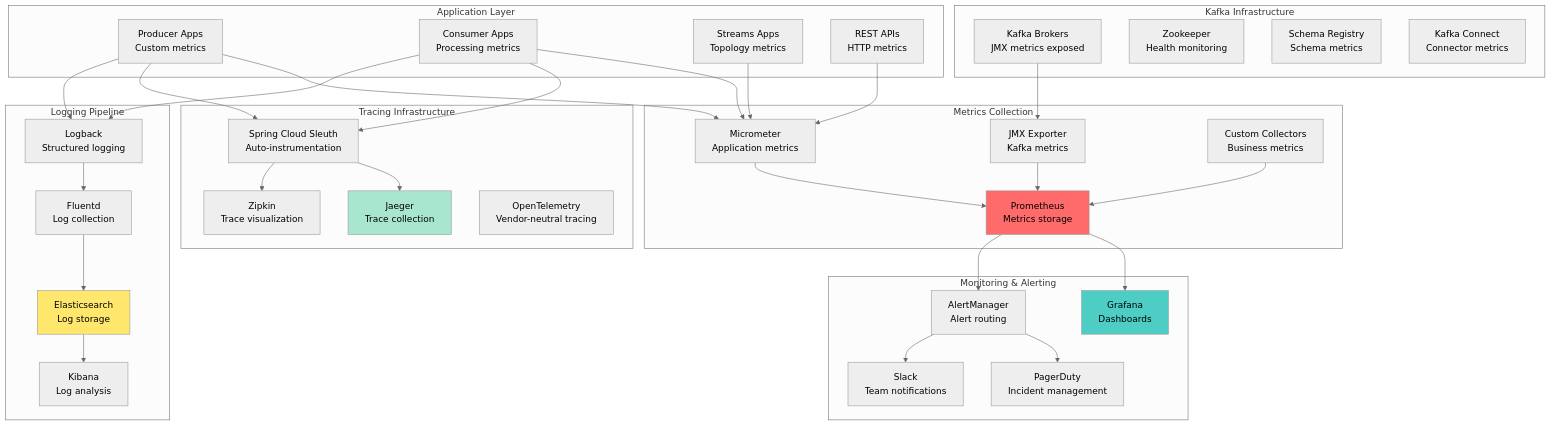
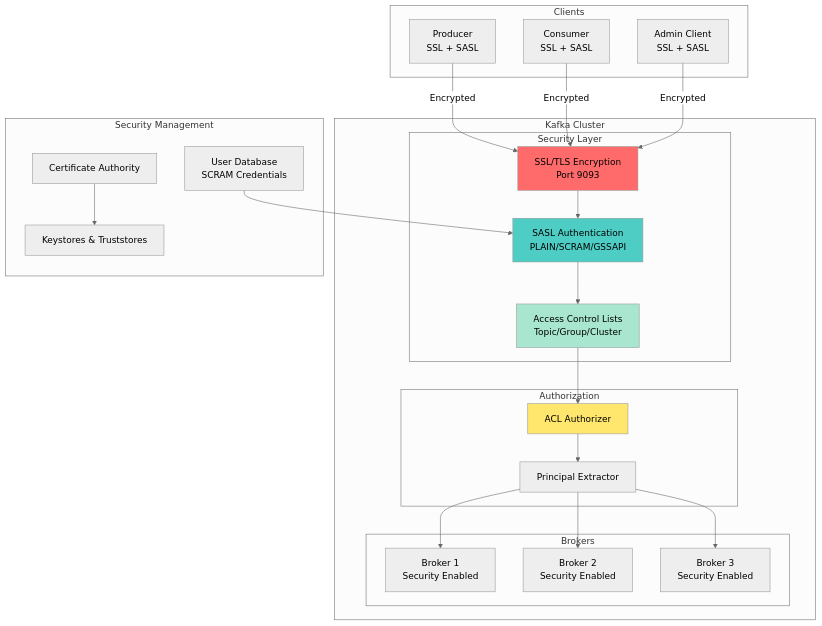
One commit to vorrawut/KafkaStarter changed the first of 6 diagrams in class/workshop/lesson_19/README.md. Above: the diagram before and after it, drawn with Mermaid (neutral theme). The commit also changed other lines of this file and 204 other files, not shown here.

````diff
--- a/class/workshop/lesson_19/README.md
+++ b/class/workshop/lesson_19/README.md
@@ -24,76 +24,54 @@
 ```mermaid
 graph TB
-    subgraph "Kafka Infrastructure"
-        KAFKA[Kafka Brokers<br/>JMX metrics exposed]
-        ZK[Zookeeper<br/>Health monitoring]
-        SR[Schema Registry<br/>Schema metrics]
-        CONNECT[Kafka Connect<br/>Connector metrics]
+    subgraph "Clients"
+        PROD[Producer<br/>SSL + SASL]
+        CONS[Consumer<br/>SSL + SASL]
+        ADMIN[Admin Client<br/>SSL + SASL]
     end
     
-    subgraph "Application Layer"
-        PRODUCER[Producer Apps<br/>Custom metrics]
-        CONSUMER[Consumer Apps<br/>Processing metrics]
-        STREAMS[Streams Apps<br/>Topology metrics]
-        REST[REST APIs<br/>HTTP metrics]
+    subgraph "Kafka Cluster"
+        subgraph "Security Layer"
+            SSL[SSL/TLS Encryption<br/>Port 9093]
+            SASL[SASL Authentication<br/>PLAIN/SCRAM/GSSAPI]
+            ACL[Access Control Lists<br/>Topic/Group/Cluster]
+        end
+        
+        subgraph "Brokers"
+            B1[Broker 1<br/>Security Enabled]
+            B2[Broker 2<br/>Security Enabled]
+            B3[Broker 3<br/>Security Enabled]
+        end
+        
+        subgraph "Authorization"
+            AUTHORIZER[ACL Authorizer]
+            PRINCIPAL[Principal Extractor]
+        end
     end
     
-    subgraph "Metrics Collection"
-        JMX[JMX Exporter<br/>Kafka metrics]
-        MICROMETER[Micrometer<br/>Application metrics]
-        PROMETHEUS[Prometheus<br/>Metrics storage]
-        CUSTOM[Custom Collectors<br/>Business metrics]
+    subgraph "Security Management"
+        CA[Certificate Authority]
+        KEYSTORE[Keystores & Truststores]
+        USERDB[User Database<br/>SCRAM Credentials]
     end
     
-    subgraph "Tracing Infrastructure"
-        JAEGER[Jaeger<br/>Trace collection]
-        ZIPKIN[Zipkin<br/>Trace visualization]
-        SLEUTH[Spring Cloud Sleuth<br/>Auto-instrumentation]
-        OTEL[OpenTelemetry<br/>Vendor-neutral tracing]
-    end
+    PROD -->|Encrypted| SSL
+    CONS -->|Encrypted| SSL
+    ADMIN -->|Encrypted| SSL
     
-    subgraph "Logging Pipeline"
-        LOGBACK[Logback<br/>Structured logging]
-        FLUENTD[Fluentd<br/>Log collection]
-        ELASTICSEARCH[Elasticsearch<br/>Log storage]
-        KIBANA[Kibana<br/>Log analysis]
-    end
+    SSL --> SASL
+    SASL --> ACL
+    ACL --> AUTHORIZER
+    AUTHORIZER --> PRINCIPAL
     
-    subgraph "Monitoring & Alerting"
-        GRAFANA[Grafana<br/>Dashboards]
-        ALERT_MANAGER[AlertManager<br/>Alert routing]
-        PAGERDUTY[PagerDuty<br/>Incident management]
-        SLACK[Slack<br/>Team notifications]
-    end
+    PRINCIPAL --> B1
+    PRINCIPAL --> B2
+    PRINCIPAL --> B3
     
-    KAFKA --> JMX
-    PRODUCER --> MICROMETER
-    CONSUMER --> MICROMETER
-    STREAMS --> MICROMETER
-    REST --> MICROMETER
+    CA --> KEYSTORE
+    USERDB --> SASL
     
-    JMX --> PROMETHEUS
-    MICROMETER --> PROMETHEUS
-    CUSTOM --> PROMETHEUS
-    
-    PRODUCER --> SLEUTH
-    CONSUMER --> SLEUTH
-    SLEUTH --> JAEGER
-    SLEUTH --> ZIPKIN
-    
-    PRODUCER --> LOGBACK
-    CONSUMER --> LOGBACK
-    LOGBACK --> FLUENTD
-    FLUENTD --> ELASTICSEARCH
-    
-    PROMETHEUS --> GRAFANA
-    PROMETHEUS --> ALERT_MANAGER
-    ELASTICSEARCH --> KIBANA
-    
-    ALERT_MANAGER --> PAGERDUTY
-    ALERT_MANAGER --> SLACK
-    
-    style PROMETHEUS fill:#ff6b6b
-    style GRAFANA fill:#4ecdc4
-    style JAEGER fill:#a8e6cf
-    style ELASTICSEARCH fill:#ffe66d
+    style SSL fill:#ff6b6b
+    style SASL fill:#4ecdc4
+    style ACL fill:#a8e6cf
+    style AUTHORIZER fill:#ffe66d
 ```
````
